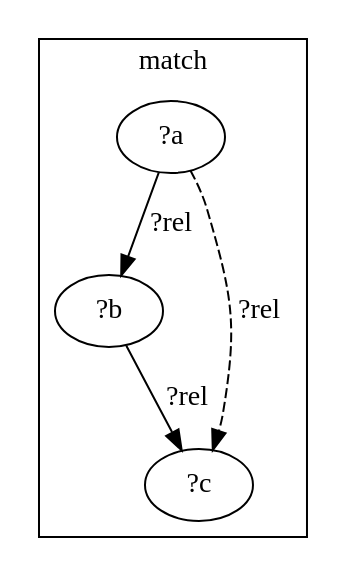
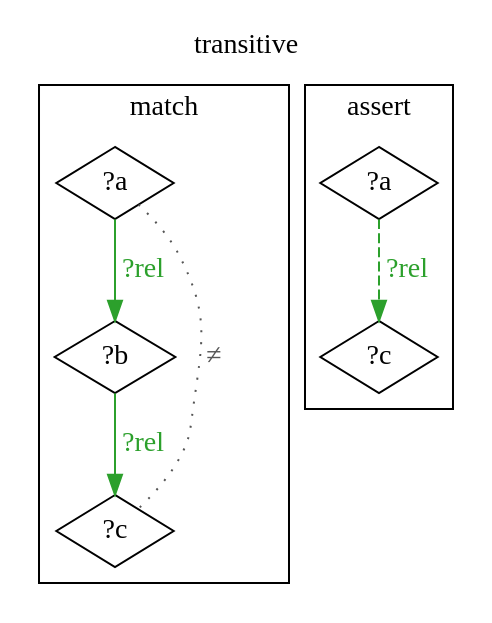
One commit to agutikov/ein changed the third of 5 diagrams in docs/ein/user/02-guide/02-first-rules.md. Above: the diagram before and after it, drawn with Graphviz. The commit also changed other lines of this file and 8 other files, not shown here.

````diff
--- a/docs/ein/user/02-guide/02-first-rules.md
+++ b/docs/ein/user/02-guide/02-first-rules.md
@@ -105,8 +123,19 @@
 ```dot
-digraph {
+digraph rule_transitive_lhs_rhs {
+  rankdir=TB;
+  label="transitive"; labelloc=t;
   subgraph cluster_lhs { label="match";
-    "?a" -> "?b" [label="?rel"]; "?b" -> "?c" [label="?rel"]; }
+    "?a_L" [label="?a", shape=diamond];
+    "?b_L" [label="?b", shape=diamond];
+    "?c_L" [label="?c", shape=diamond];
+    "?a_L" -> "?b_L" [label="?rel", color="#2ca02c", fontcolor="#2ca02c"];
+    "?b_L" -> "?c_L" [label="?rel", color="#2ca02c", fontcolor="#2ca02c"];
+    "?a_L" -> "?c_L" [label="≠", dir=none, style=dotted, color="#555555", fontcolor="#555555", constraint=false];
+  }
   subgraph cluster_rhs { label="assert";
-    "?a" -> "?c" [label="?rel", style=dashed]; }
+    "?a_R" [label="?a", shape=diamond];
+    "?c_R" [label="?c", shape=diamond];
+    "?a_R" -> "?c_R" [label="?rel", color="#2ca02c", fontcolor="#2ca02c", style=dashed];
+  }
 }
 ```
````
